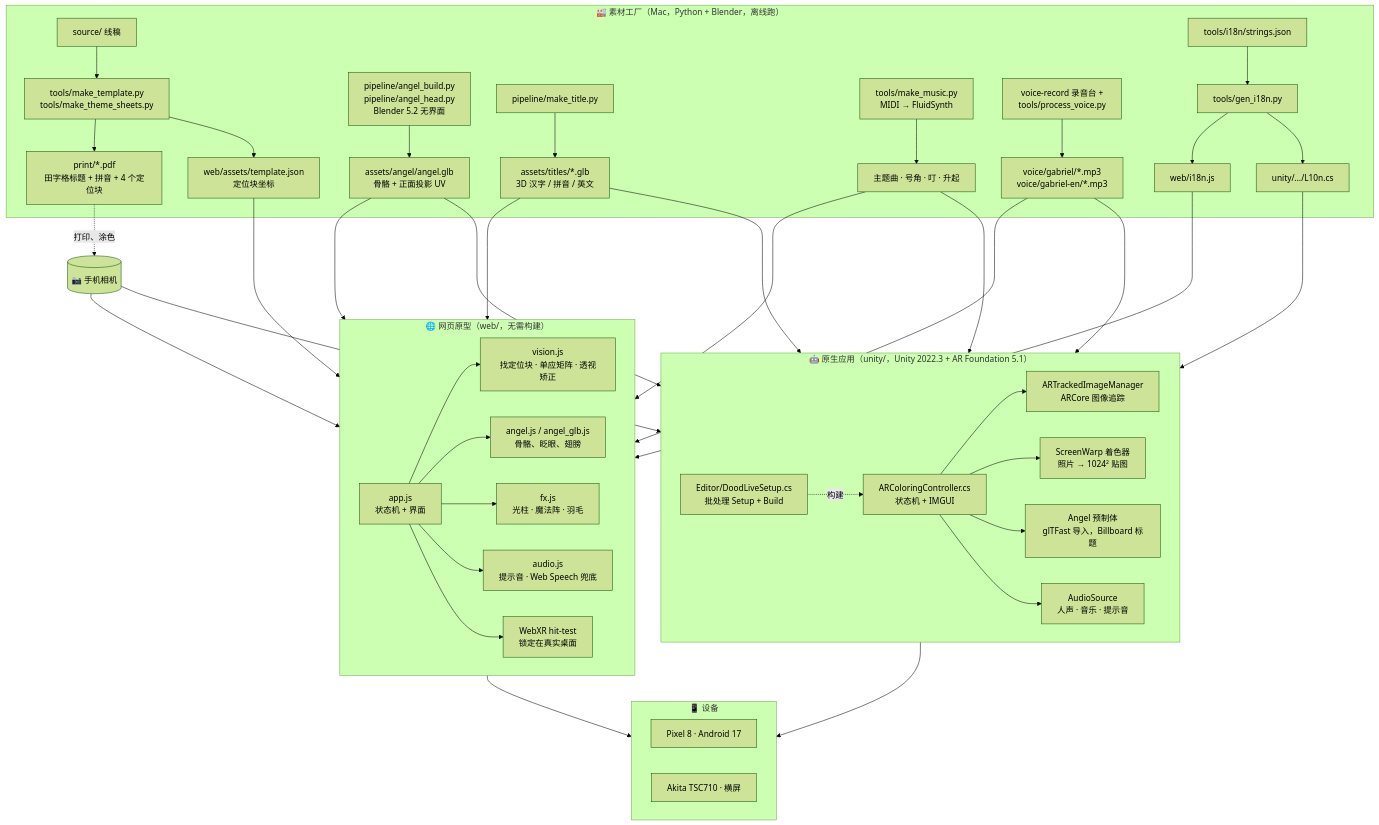
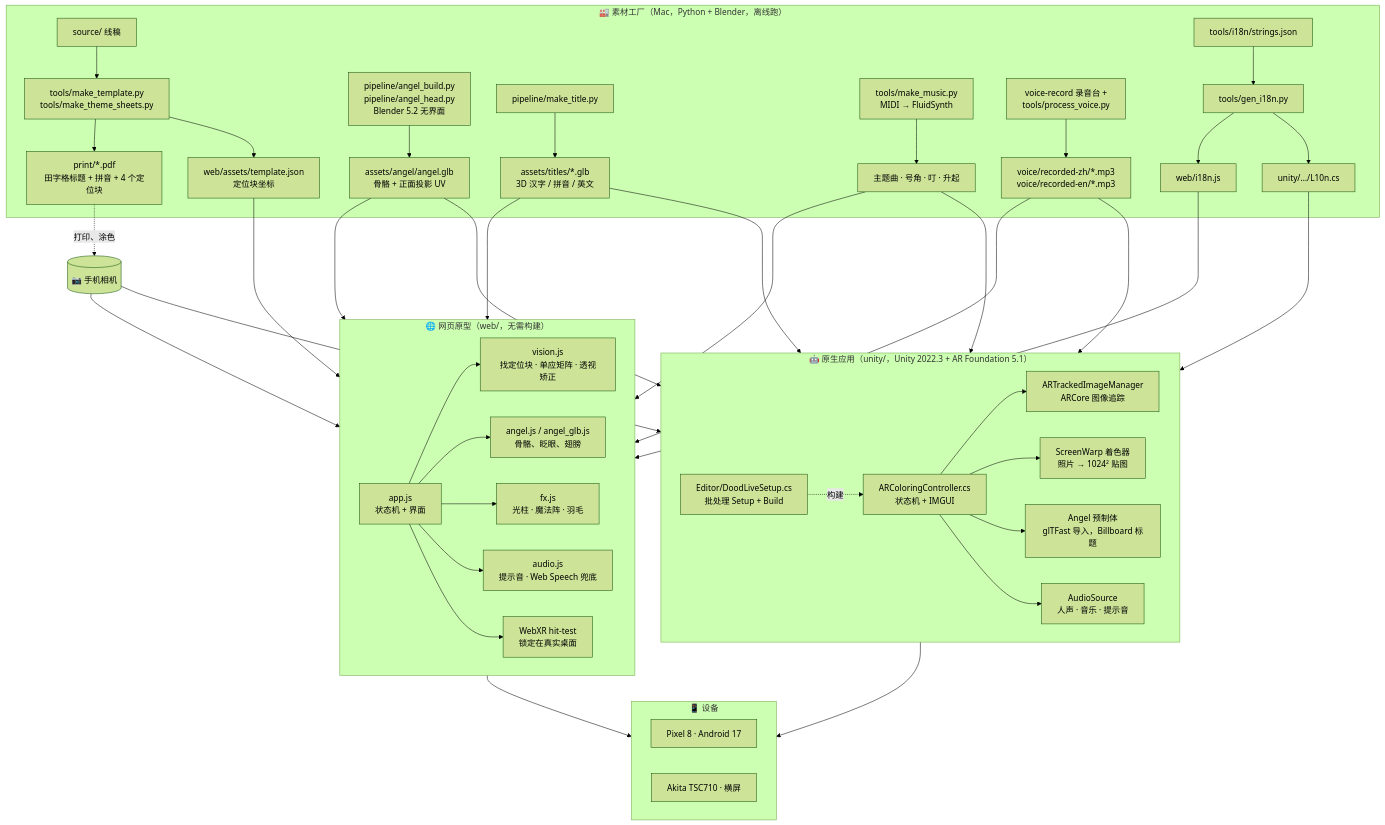
One commit to GabrielPower1969/doodlive changed the second of 5 diagrams in README.zh.md. Above: the diagram before and after it, drawn with Mermaid (forest theme). The commit also changed other lines of this file and 630 other files, not shown here.

````diff
--- a/README.zh.md
+++ b/README.zh.md
@@ -93,48 +93,48 @@
 ```mermaid
 flowchart TB
     subgraph MAKE["🏭 素材工厂（Mac，Python + Blender，离线跑）"]
         S[source/ 线稿] --> T[tools/make_template.py<br/>tools/make_theme_sheets.py]
         T --> P[print/*.pdf<br/>田字格标题 + 拼音 + 4 个定位块]
         T --> TJ[web/assets/template.json<br/>定位块坐标]
         BL[pipeline/angel_build.py<br/>pipeline/angel_head.py<br/>Blender 5.2 无界面] --> GLB[assets/angel/angel.glb<br/>骨骼 + 正面投影 UV]
         TT[pipeline/make_title.py] --> TG[assets/titles/*.glb<br/>3D 汉字 / 拼音 / 英文]
         MU[tools/make_music.py<br/>MIDI → FluidSynth] --> MP3[主题曲 · 号角 · 叮 · 升起]
-        VR[voice-record 录音台 +<br/>tools/process_voice.py] --> VO[voice/gabriel/*.mp3<br/>voice/gabriel-en/*.mp3]
+        VR[voice-record 录音台 +<br/>tools/process_voice.py] --> VO[voice/recorded-zh/*.mp3<br/>voice/recorded-en/*.mp3]
         ST[tools/i18n/strings.json] --> GEN[tools/gen_i18n.py]
         GEN --> I18N[web/i18n.js]
         GEN --> L10N[unity/…/L10n.cs]
     end
 
     subgraph WEB["🌐 网页原型（web/，无需构建）"]
         APP[app.js<br/>状态机 + 界面] --> VIS[vision.js<br/>找定位块 · 单应矩阵 · 透视矫正]
         APP --> ANG[angel.js / angel_glb.js<br/>骨骼、眨眼、翅膀]
         APP --> FX[fx.js<br/>光柱 · 魔法阵 · 羽毛]
         APP --> AUD[audio.js<br/>提示音 · Web Speech 兜底]
         APP --> XR[WebXR hit-test<br/>锁定在真实桌面]
     end
 
     subgraph UNITY["🤖 原生应用（unity/，Unity 2022.3 + AR Foundation 5.1）"]
         CTL[ARColoringController.cs<br/>状态机 + IMGUI] --> ARF[ARTrackedImageManager<br/>ARCore 图像追踪]
         CTL --> WARP[ScreenWarp 着色器<br/>照片 → 1024² 贴图]
         CTL --> PRE[Angel 预制体<br/>glTFast 导入，Billboard 标题]
         CTL --> AS[AudioSource<br/>人声 · 音乐 · 提示音]
         SET[Editor/DoodLiveSetup.cs<br/>批处理 Setup + Build] -.构建.-> CTL
     end
 
     GLB --> WEB & UNITY
     TG --> WEB & UNITY
     MP3 --> WEB & UNITY
     VO --> WEB & UNITY
     I18N --> WEB
     L10N --> UNITY
     TJ --> WEB
     P -. 打印、涂色 .-> CAM[(📷 手机相机)]
     CAM --> WEB & UNITY
 
     subgraph DEV["📱 设备"]
         PX[Pixel 8 · Android 17]
         AK[Akita TSC710 · 横屏]
     end
     UNITY --> DEV
     WEB --> DEV
 ```
````
